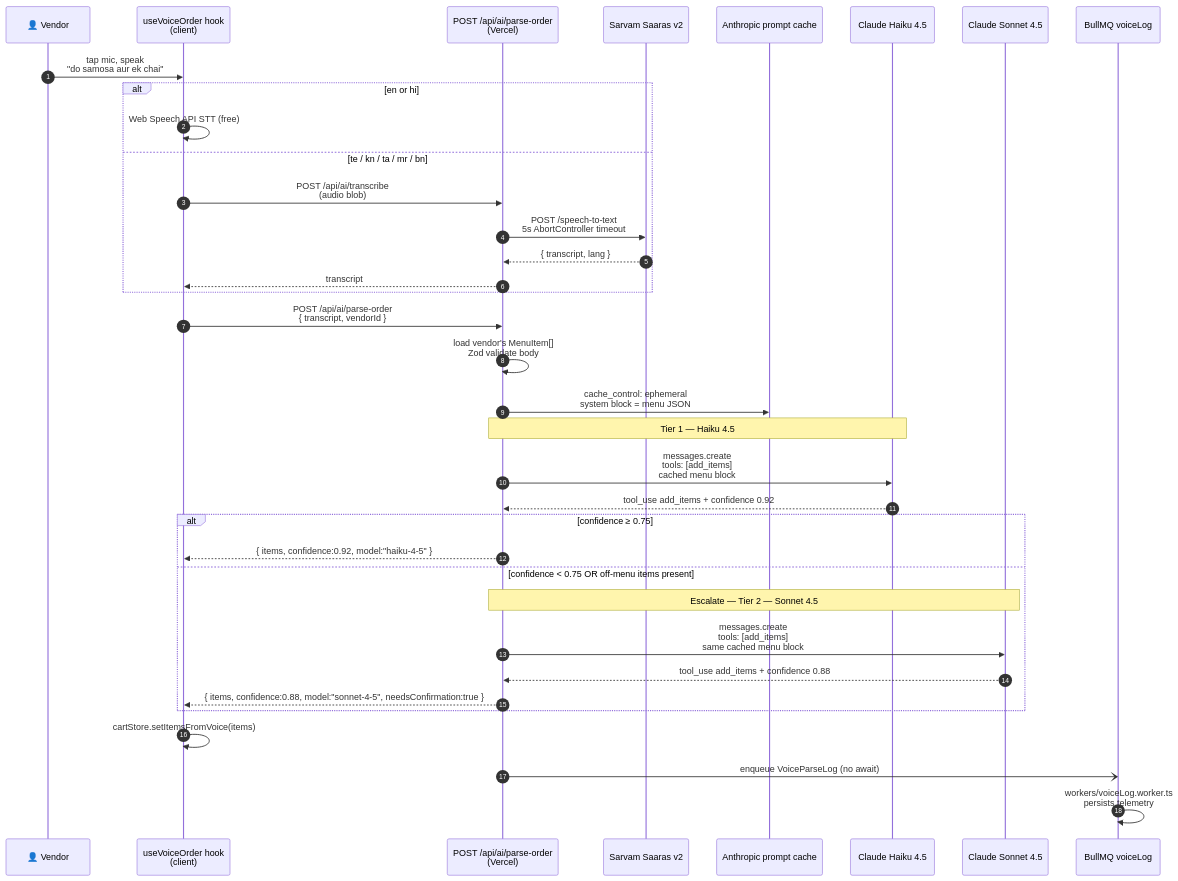
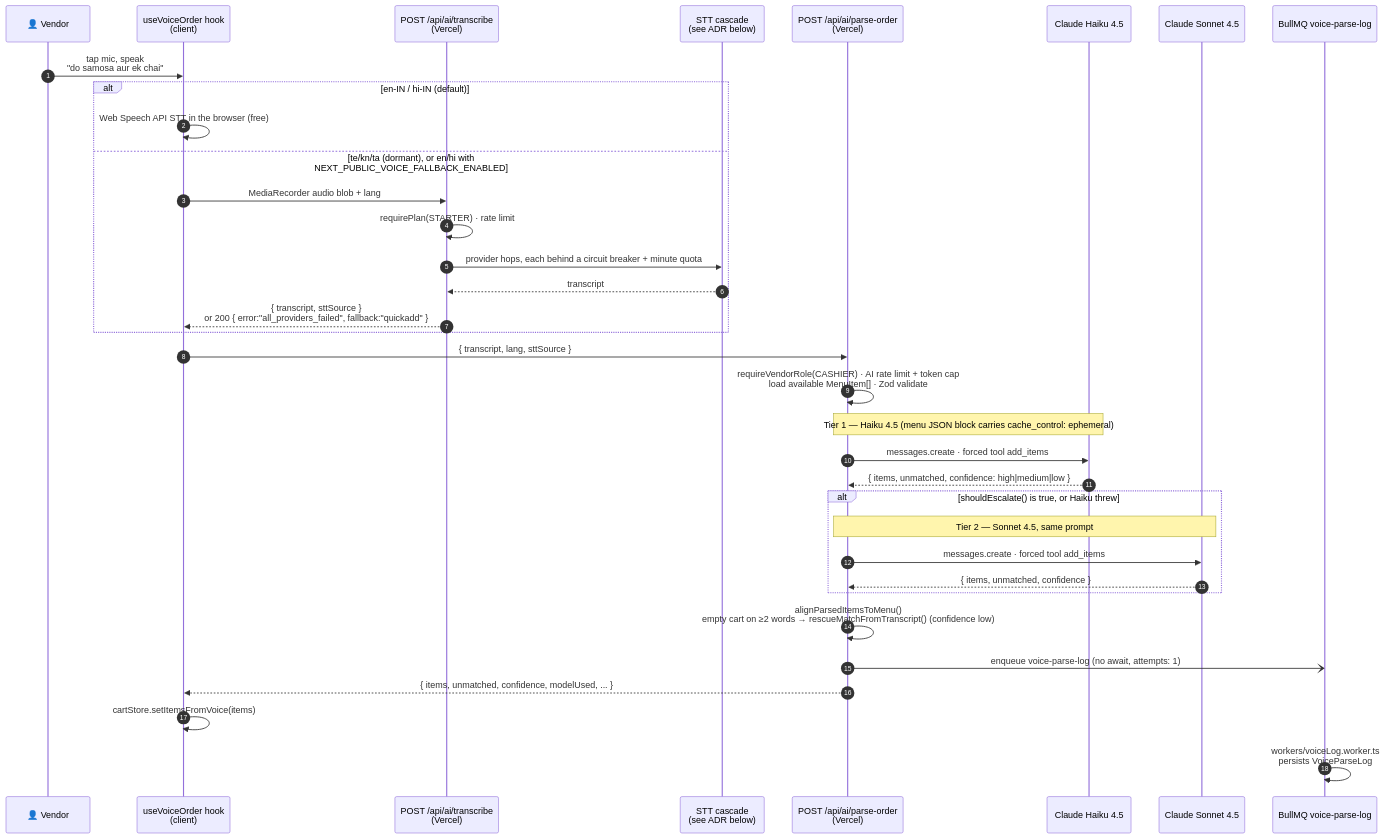
One commit to gengirish/awaazos changed the third of 10 diagrams in ARCHITECTURE.md. Above: the diagram before and after it, drawn with Mermaid. The commit also changed other lines of this file and 50 other files, not shown here.

````diff
--- a/ARCHITECTURE.md
+++ b/ARCHITECTURE.md
@@ -219,44 +271,43 @@
 ```mermaid
 sequenceDiagram
     autonumber
     participant U as 👤 Vendor
     participant Hook as useVoiceOrder hook<br/>(client)
+    participant TR as POST /api/ai/transcribe<br/>(Vercel)
+    participant STT as STT cascade<br/>(see ADR below)
     participant API as POST /api/ai/parse-order<br/>(Vercel)
-    participant Sarvam as Sarvam Saaras v2
-    participant Cache as Anthropic prompt cache
     participant Haiku as Claude Haiku 4.5
     participant Sonnet as Claude Sonnet 4.5
-    participant Q as BullMQ voiceLog
+    participant Q as BullMQ voice-parse-log
 
     U->>Hook: tap mic, speak<br/>"do samosa aur ek chai"
-    alt en or hi
-        Hook->>Hook: Web Speech API STT (free)
-    else te / kn / ta / mr / bn
-        Hook->>API: POST /api/ai/transcribe<br/>(audio blob)
-        API->>Sarvam: POST /speech-to-text<br/>5s AbortController timeout
-        Sarvam-->>API: { transcript, lang }
-        API-->>Hook: transcript
+    alt en-IN / hi-IN (default)
+        Hook->>Hook: Web Speech API STT in the browser (free)
+    else te/kn/ta (dormant), or en/hi with NEXT_PUBLIC_VOICE_FALLBACK_ENABLED
+        Hook->>TR: MediaRecorder audio blob + lang
+        TR->>TR: requirePlan(STARTER) · rate limit
+        TR->>STT: provider hops, each behind a circuit breaker + minute quota
+        STT-->>TR: transcript
+        TR-->>Hook: { transcript, sttSource }<br/>or 200 { error:"all_providers_failed", fallback:"quickadd" }
     end
 
-    Hook->>API: POST /api/ai/parse-order<br/>{ transcript, vendorId }
-    API->>API: load vendor's MenuItem[]<br/>Zod validate body
-    API->>Cache: cache_control: ephemeral<br/>system block = menu JSON
+    Hook->>API: { transcript, lang, sttSource }
+    API->>API: requireVendorRole(CASHIER) · AI rate limit + token cap<br/>load available MenuItem[] · Zod validate
 
-    Note over API,Haiku: Tier 1 — Haiku 4.5
+    Note over API,Haiku: Tier 1 — Haiku 4.5 (menu JSON block carries cache_control: ephemeral)
 
-    API->>Haiku: messages.create<br/>tools: [add_items]<br/>cached menu block
-    Haiku-->>API: tool_use add_items + confidence 0.92
+    API->>Haiku: messages.create · forced tool add_items
+    Haiku-->>API: { items, unmatched, confidence: high|medium|low }
 
-    alt confidence ≥ 0.75
-        API-->>Hook: { items, confidence:0.92, model:"haiku-4-5" }
-    else confidence < 0.75 OR off-menu items present
-        Note over API,Sonnet: Escalate — Tier 2 — Sonnet 4.5
-        API->>Sonnet: messages.create<br/>tools: [add_items]<br/>same cached menu block
-        Sonnet-->>API: tool_use add_items + confidence 0.88
-        API-->>Hook: { items, confidence:0.88, model:"sonnet-4-5", needsConfirmation:true }
+    alt shouldEscalate() is true, or Haiku threw
+        Note over API,Sonnet: Tier 2 — Sonnet 4.5, same prompt
+        API->>Sonnet: messages.create · forced tool add_items
+        Sonnet-->>API: { items, unmatched, confidence }
     end
 
+    API->>API: alignParsedItemsToMenu()<br/>empty cart on ≥2 words → rescueMatchFromTranscript() (confidence low)
+    API-)Q: enqueue voice-parse-log (no await, attempts: 1)
+    API-->>Hook: { items, unmatched, confidence, modelUsed, ... }
     Hook->>Hook: cartStore.setItemsFromVoice(items)
-    API-)Q: enqueue VoiceParseLog (no await)
-    Q->>Q: workers/voiceLog.worker.ts<br/>persists telemetry
+    Q->>Q: workers/voiceLog.worker.ts<br/>persists VoiceParseLog
 ```
````
